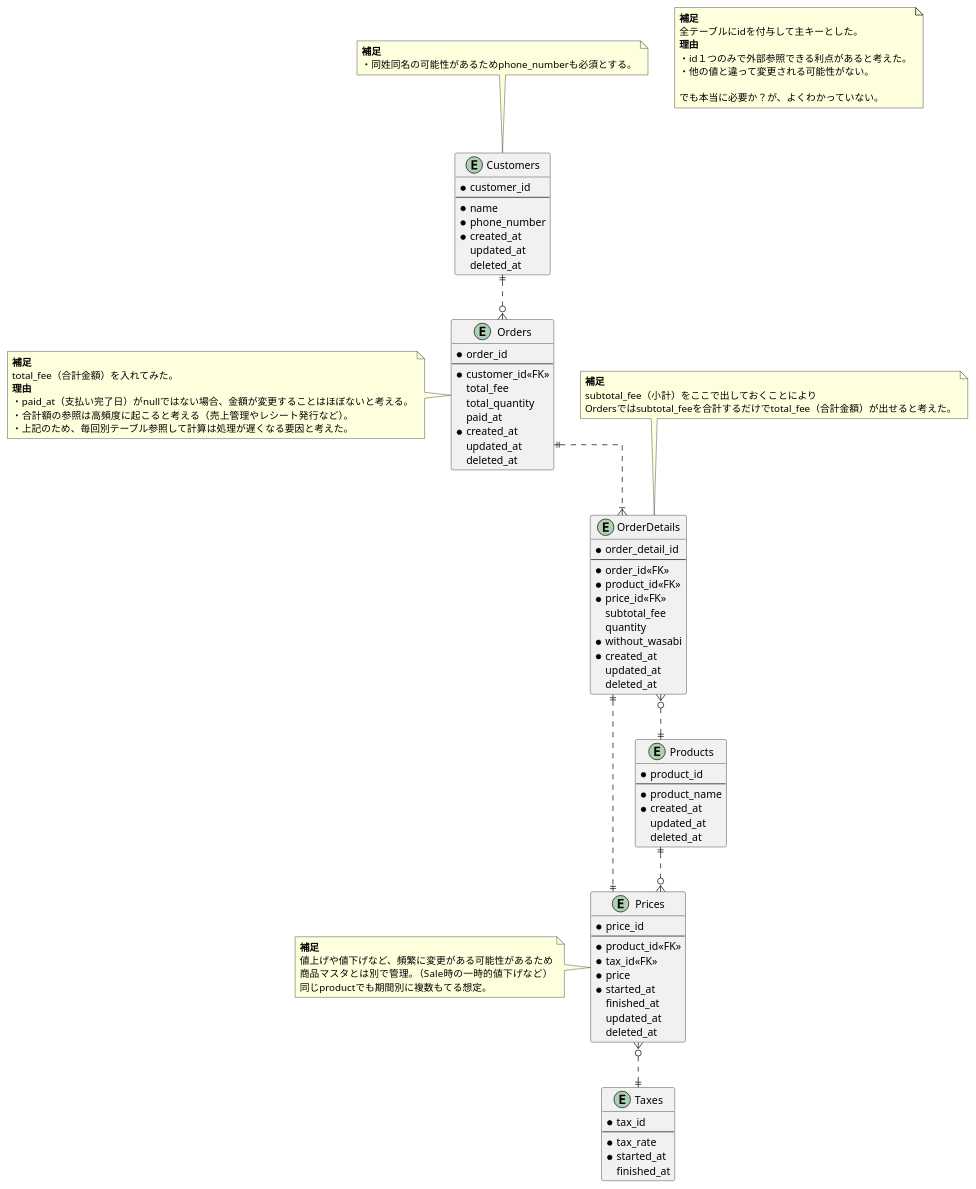
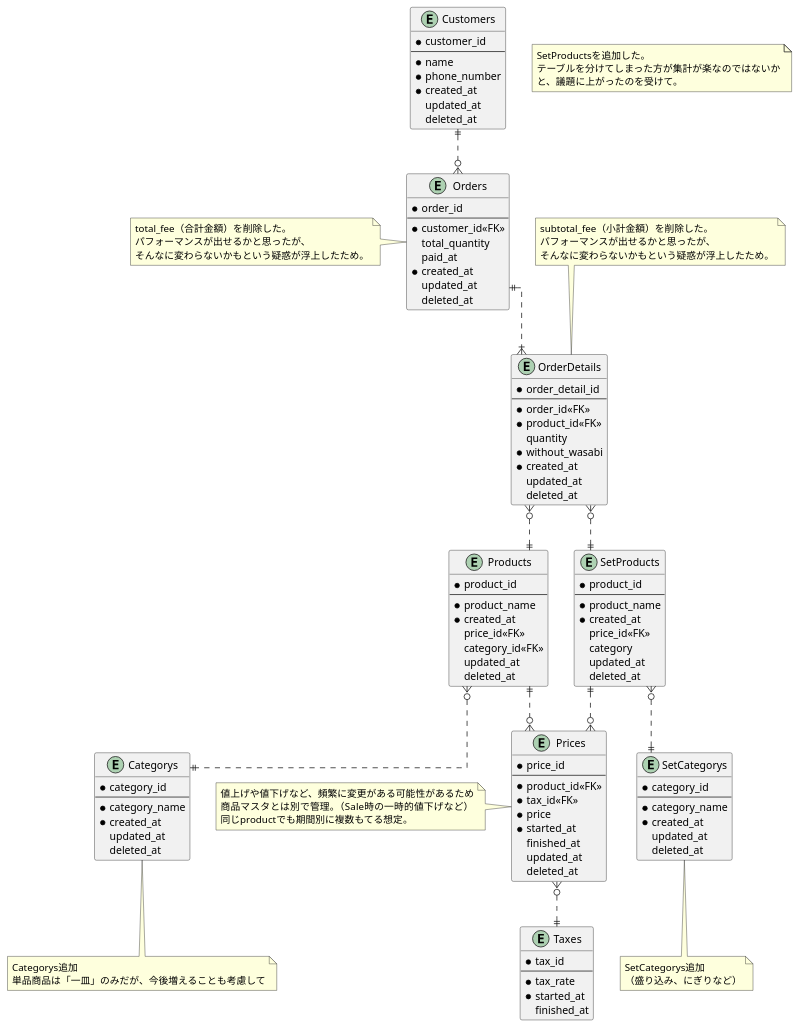
One commit to moritanuki/praha_challenge changed the diagram in 01_データベース設計/01_DBモデリング1/01_課題1/sushi_ordering_schema_01.puml. Above: the diagram before and after it, drawn with PlantUML. The commit also changed 5 other files, not shown here.

```diff
--- a/01_データベース設計/01_DBモデリング1/01_課題1/sushi_ordering_schema_01.puml
+++ b/01_データベース設計/01_DBモデリング1/01_課題1/sushi_ordering_schema_01.puml
@@ -1,122 +1,153 @@
 @startuml sushi_ordering_schema_01
 
 skinparam {
   ' カーディナリティ斜め対策
    linetype ortho
 }
 
 ' 顧客マスタ
 entity "Customers" as Customers {
   * customer_id
   --
   * name
   * phone_number
   * created_at
     updated_at
     deleted_at
 }
 
-note top of Customers
-  <b>補足</b>
-  ・同姓同名の可能性があるためphone_numberも必須とする。
-end note
-
-' 商品マスタ
+' 単品商品マスタ
 entity "Products" as Products {
   * product_id
   --
   * product_name
   * created_at
+    price_id<<FK>>
+    category_id<<FK>>
     updated_at
     deleted_at
 }
+
+' 商品カテゴリマスタ
+entity "Categorys" as Categorys {
+  * category_id
+  --
+  * category_name
+  * created_at
+    updated_at
+    deleted_at
+}
+
+note bottom of Categorys
+  Categorys追加
+  単品商品は「一皿」のみだが、今後増えることも考慮して
+end note
+
+' セット商品マスタ
+entity "SetProducts" as SetProducts {
+  * product_id
+  --
+  * product_name
+  * created_at
+    price_id<<FK>>
+    category
+    updated_at
+    deleted_at
+}
+
+' セット商品カテゴリマスタ
+entity "SetCategorys" as SetCategorys {
+  * category_id
+  --
+  * category_name
+  * created_at
+    updated_at
+    deleted_at
+}
+
+note bottom of SetCategorys
+  SetCategorys追加
+  （盛り込み、にぎりなど）
+end note
 
 ' 商品金額テーブル
 entity "Prices" as Prices {
   * price_id
   --
   * product_id<<FK>>
   * tax_id<<FK>>
   * price
   * started_at
     finished_at
     updated_at
     deleted_at
 }
 
 note left of Prices
-  <b>補足</b>
   値上げや値下げなど、頻繁に変更がある可能性があるため
   商品マスタとは別で管理。（Sale時の一時的値下げなど）
   同じproductでも期間別に複数もてる想定。
 end note
 
 ' 消費税マスタ
 entity "Taxes" as Taxes {
   * tax_id
   --
   * tax_rate
   * started_at
     finished_at
 }
 
 ' 注文テーブル
 entity "Orders" as Orders {
   * order_id
   --
   * customer_id<<FK>>
-    total_fee
     total_quantity
     paid_at
   * created_at
     updated_at
     deleted_at
 }
 
 note left of Orders
-  <b>補足</b>
-  total_fee（合計金額）を入れてみた。
-  <b>理由</b>
-  ・paid_at（支払い完了日）がnullではない場合、金額が変更することはほぼないと考える。
-  ・合計額の参照は高頻度に起こると考える（売上管理やレシート発行など）。
-  ・上記のため、毎回別テーブル参照して計算は処理が遅くなる要因と考えた。
+  total_fee（合計金額）を削除した。
+  パフォーマンスが出せるかと思ったが、
+  そんなに変わらないかもという疑惑が浮上したため。
 end note
 
 entity "OrderDetails" as OrderDetails {
   * order_detail_id
   --
   * order_id<<FK>>
   * product_id<<FK>>
-  * price_id<<FK>>
-    subtotal_fee
     quantity
   * without_wasabi
   * created_at
     updated_at
     deleted_at
 }
 
 note top of OrderDetails
-  <b>補足</b>
-  subtotal_fee（小計）をここで出しておくことにより
-  Ordersではsubtotal_feeを合計するだけでtotal_fee（合計金額）が出せると考えた。
+  subtotal_fee（小計金額）を削除した。
+  パフォーマンスが出せるかと思ったが、
+  そんなに変わらないかもという疑惑が浮上したため。
 end note
 
 Customers ||..o{ Orders
 Orders ||..|{ OrderDetails
 OrderDetails }o..|| Products
-OrderDetails ||..|| Prices
+OrderDetails }o..|| SetProducts
 Products ||..o{ Prices
+SetProducts ||..o{ Prices
+Products }o..|| Categorys
+SetProducts }o..|| SetCategorys
 Prices }o..|| Taxes
 
 note as note1
-  <b>補足</b>
-  全テーブルにidを付与して主キーとした。
-  <b>理由</b>
-  ・id１つのみで外部参照できる利点があると考えた。
-  ・他の値と違って変更される可能性がない。
-
-  でも本当に必要か？が、よくわかっていない。
+  SetProductsを追加した。
+  テーブルを分けてしまった方が集計が楽なのではないか
+  と、議題に上がったのを受けて。
 end note
 
 @enduml
```
